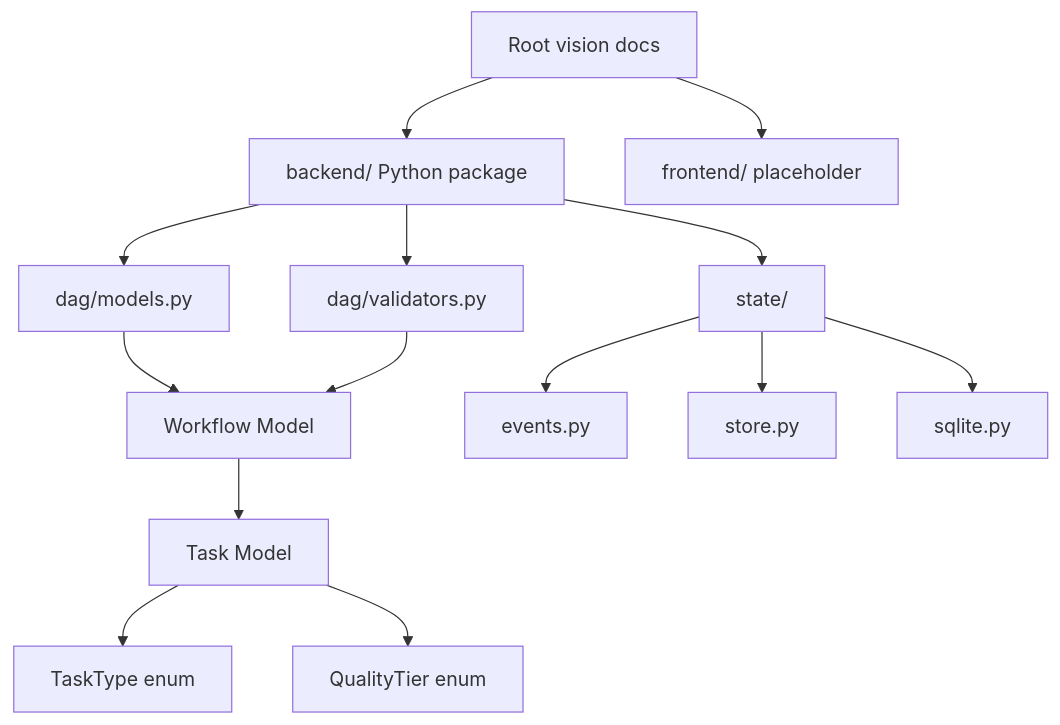
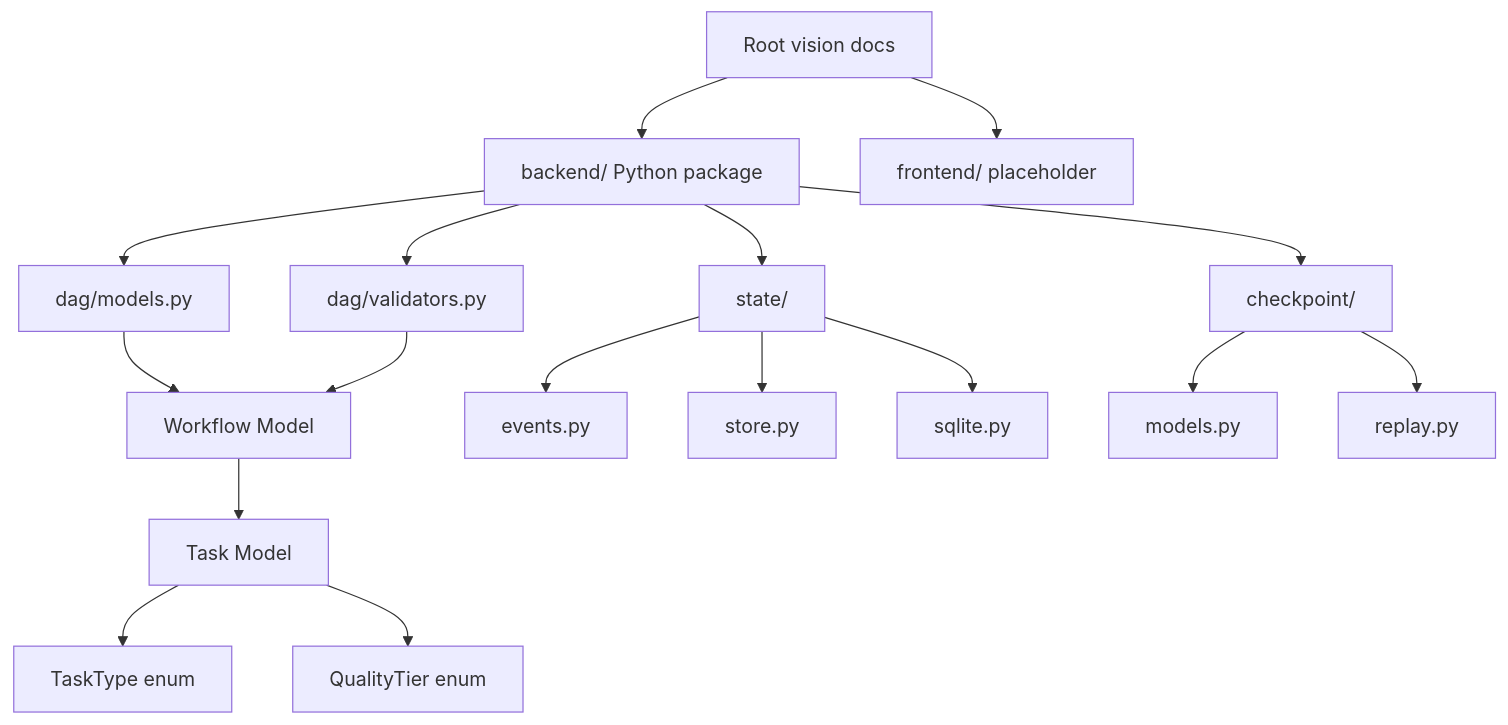
The first of 2 diagrams in docs/01_Architecture.md (knishkarora/Ather-OS), drawn with Mermaid before and after one commit. The commit also changed other lines of this file and 20 other files, not shown here.

Commit message:
ADDED: checkpoint replay architechture

````diff
--- a/docs/01_Architecture.md
+++ b/docs/01_Architecture.md
@@ -9,16 +9,19 @@
 ```mermaid
 flowchart TD
     Docs["Root vision docs"] --> Backend["backend/ Python package"]
     Docs --> Frontend["frontend/ placeholder"]
     Backend --> DAG["dag/models.py"]
     Backend --> Validator["dag/validators.py"]
     Backend --> State["state/"]
+    Backend --> Checkpoint["checkpoint/"]
     DAG --> Workflow["Workflow Model"]
     Workflow --> Task["Task Model"]
     Task --> TaskType["TaskType enum"]
     Task --> QualityTier["QualityTier enum"]
     Validator --> Workflow
     State --> Events["events.py"]
     State --> Store["store.py"]
     State --> SQLite["sqlite.py"]
+    Checkpoint --> Projections["models.py"]
+    Checkpoint --> Replay["replay.py"]
 ```
````
